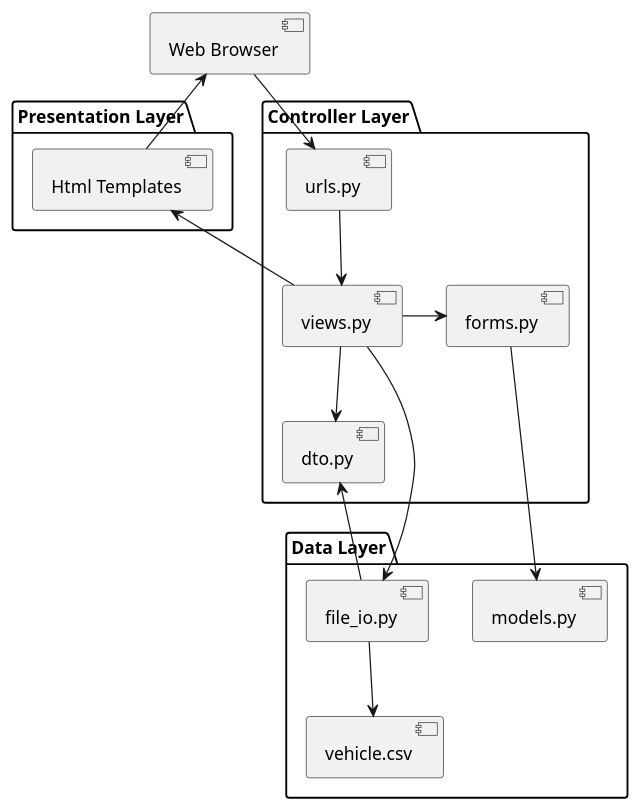
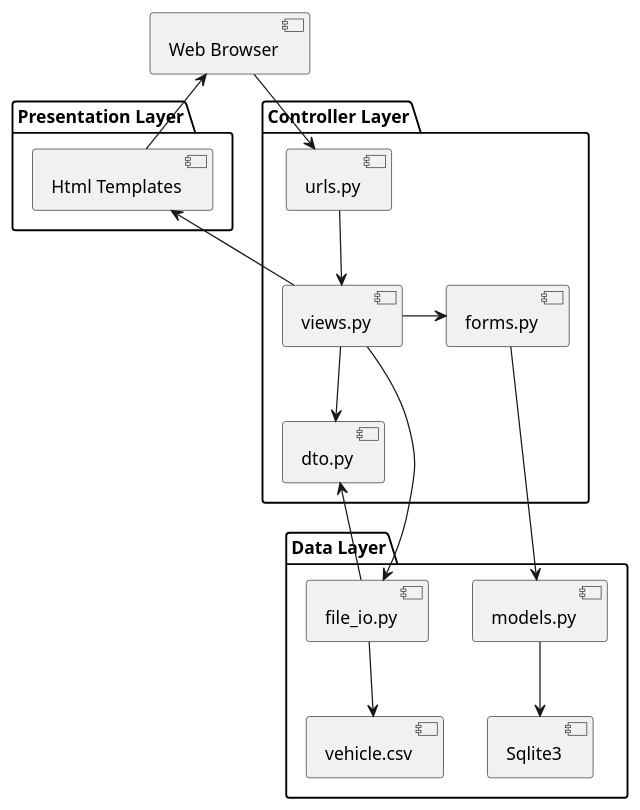
Before and after one commit to RyanRen2023/pyresearch: the diagram in app2/diagrams/archtecture.puml, drawn with PlantUML. The commit also changed 32 other files, not shown here.

```diff
--- a/app2/diagrams/archtecture.puml
+++ b/app2/diagrams/archtecture.puml
@@ -1,32 +1,34 @@
 @startuml "Multi-layer Application Architecture"
 component "Web Browser" as WB
 
 package "Presentation Layer" {
     component "Html Templates" as WT
 }
 
 package "Controller Layer" {
     component "urls.py" as WA
     component "views.py" as WV
     component "forms.py" as WF
     component "dto.py" as WD
 }
 
 
 package "Data Layer" {
     component "models.py" as WM
     component "file_io.py" as WFI
-    component "vehicle.csv" as DB 
+    component "vehicle.csv" as File_DB 
+    component "Sqlite3" as DB            
 }
 
 WB -down-> WA
 WA -down-> WV
 WV -up-> WT
 WT -up-> WB
 WV -down-> WD
 WV -right-> WF
 WF -down-> WM
 WV -down-> WFI
 WFI -up-> WD
-WFI -down-> DB
+WFI -down-> File_DB
+WM -down-> DB
 @enduml
```
